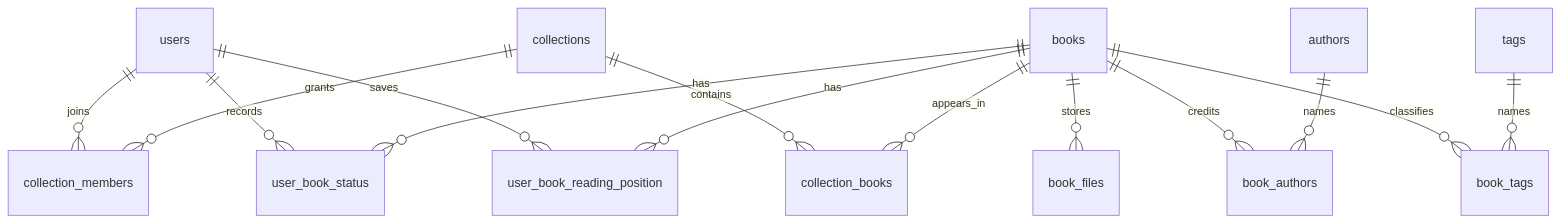
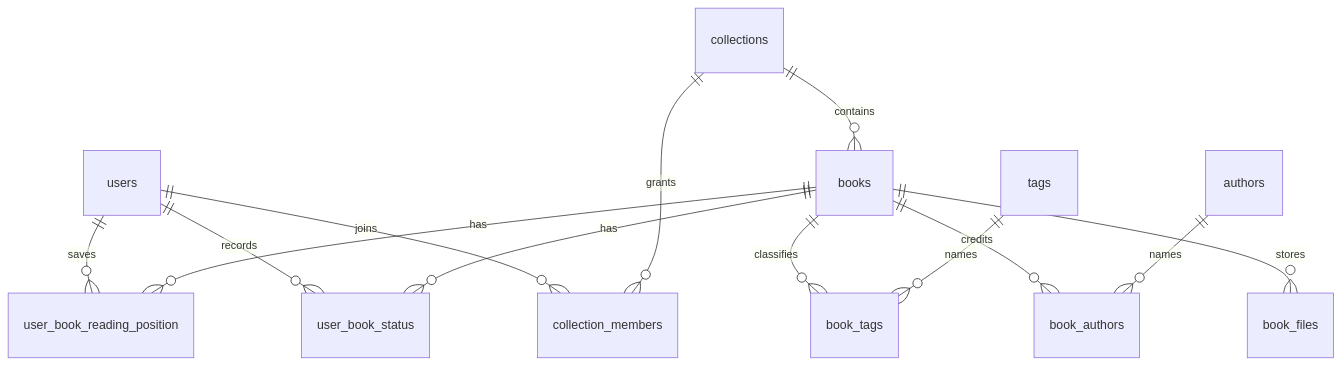
Before and after one commit to lancewilhelm/delb: the diagram in docs/developing/data-model.md, drawn with Mermaid. The commit also changed other lines of this file and 94 other files, not shown here.

````diff
--- a/docs/developing/data-model.md
+++ b/docs/developing/data-model.md
@@ -7,16 +7,15 @@
 ```mermaid
 erDiagram
     users ||--o{ collection_members : joins
     collections ||--o{ collection_members : grants
-    collections ||--o{ collection_books : contains
-    books ||--o{ collection_books : appears_in
+    collections ||--o{ books : contains
     books ||--o{ book_files : stores
     books ||--o{ book_authors : credits
     authors ||--o{ book_authors : names
     books ||--o{ book_tags : classifies
     tags ||--o{ book_tags : names
     users ||--o{ user_book_status : records
     books ||--o{ user_book_status : has
     users ||--o{ user_book_reading_position : saves
     books ||--o{ user_book_reading_position : has
 ```
````
